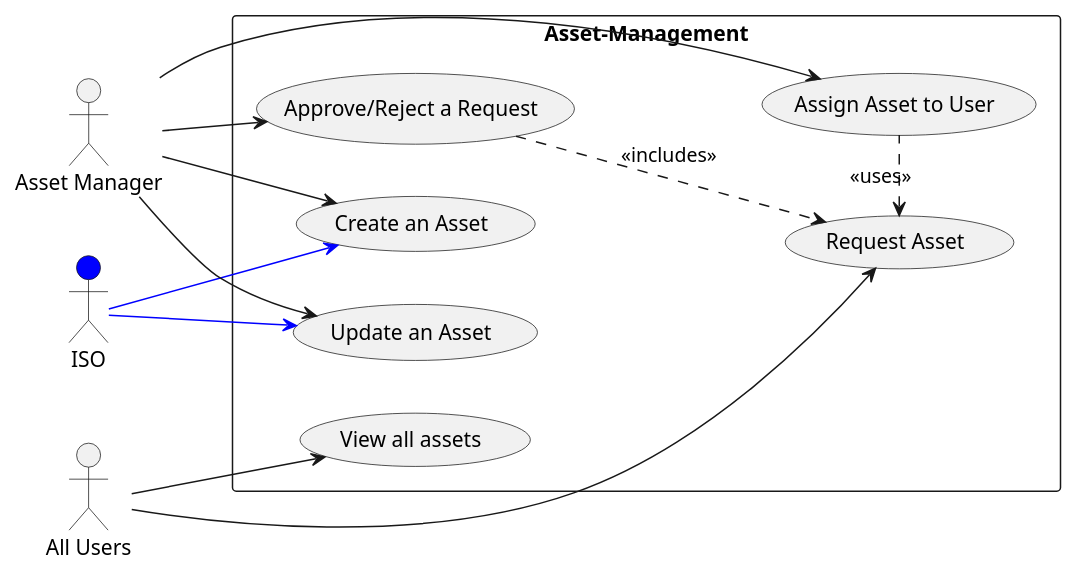
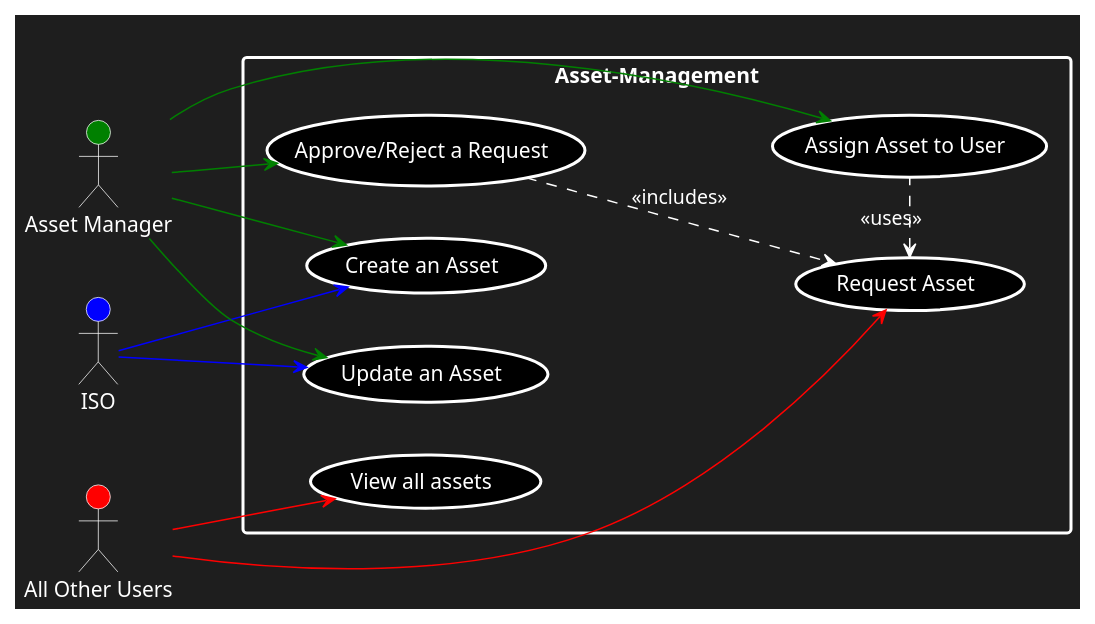
The diagram in Documentation/Diagrams/Asset-Management.puml (COS301-SE-2023/InfoSafe), drawn with PlantUML before and after one commit. The commit also changed 1 other file, not shown here.

Commit message:
Updated Asset management usecase diagram

```diff
--- a/Documentation/Diagrams/Asset-Management.puml
+++ b/Documentation/Diagrams/Asset-Management.puml
@@ -1,24 +1,25 @@
 @startuml
+skinparam backgroundColor #1e1e1e
 left to right direction
-actor "Asset Manager" as am
-actor "ISO" as iso #blue
-actor "All Users" as user
-rectangle Asset-Management {
-  usecase "Create an Asset" as UC1
-  usecase "Update an Asset" as UC2
-  usecase "Assign Asset to User" as UC3
-  usecase "View all assets" as UC4
-  usecase "Request Asset" as UC5
-  usecase "Approve/Reject a Request" as UC6
+actor "Asset Manager" as am #green;text:white;line:white
+actor "ISO" as iso #blue;text:white;line:white
+actor "All Other Users" as user #red;text:white;line:white
+rectangle Asset-Management #text:white;line.bold;line:white {
+  usecase "Create an Asset" as UC1 #black;text:white;line.bold;line:white
+  usecase "Update an Asset" as UC2 #black;text:white;line.bold;line:white
+  usecase "Assign Asset to User" as UC3 #black;text:white;line.bold;line:white
+  usecase "View all assets" as UC4 #black;text:white;line.bold;line:white
+  usecase "Request Asset" as UC5 #black;text:white;line.bold;line:white
+  usecase "Approve/Reject a Request" as UC6 #black;text:white;line.bold;line:white
 }
 iso -[#blue]-> UC1
 iso -[#blue]-> UC2
-am --> UC1
-am --> UC2
-am --> UC3
-am --> UC6
-user --> UC4
-user --> UC5
-UC5 <. UC3 : <<uses>>
-UC6 ..> UC5 : <<includes>>
+am -[#green]-> UC1
+am -[#green]-> UC2
+am -[#green]-> UC3
+am -[#green]-> UC6
+user -[#red]-> UC4
+user -[#red]-> UC5
+UC5 <. (UC3) #line:white;text:white : <<uses>>
+UC6 ..> (UC5) #line:white;text:white : <<includes>>
 @enduml
```
